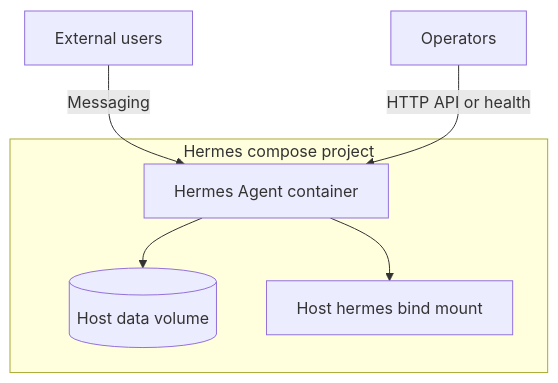
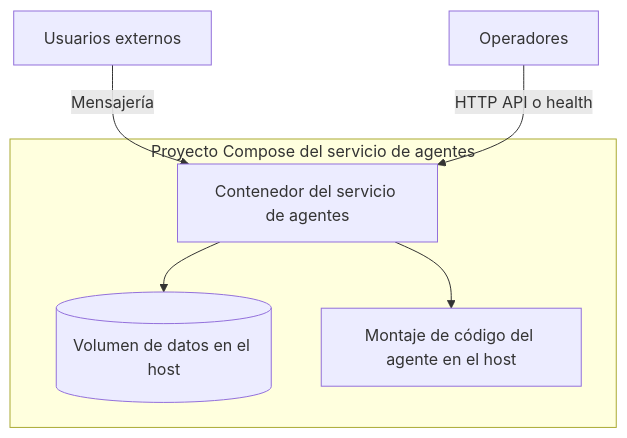
The diagram in docs/as-built/hermes-agent.md (13g4d0/docu-es), drawn with Mermaid before and after one commit. The commit also changed other lines of this file and 38 other files, not shown here.

````diff
--- a/docs/as-built/hermes-agent.md
+++ b/docs/as-built/hermes-agent.md
@@ -24,13 +24,13 @@
 ```mermaid
 flowchart TB
-  subgraph HC["Hermes compose project"]
-    H["Hermes Agent container"]
-    data[("Host data volume")]
-    code["Host hermes bind mount"]
+  subgraph HC["Proyecto Compose del servicio de agentes"]
+    H["Contenedor del servicio de agentes"]
+    data[("Volumen de datos en el host")]
+    code["Montaje de código del agente en el host"]
     H --> data
     H --> code
   end
 
-  user["External users"] -->|"Messaging"| H
-  admin["Operators"] -->|"HTTP API or health"| H
+  user["Usuarios externos"] -->|"Mensajería"| H
+  admin["Operadores"] -->|"HTTP API o health"| H
 ```
````
